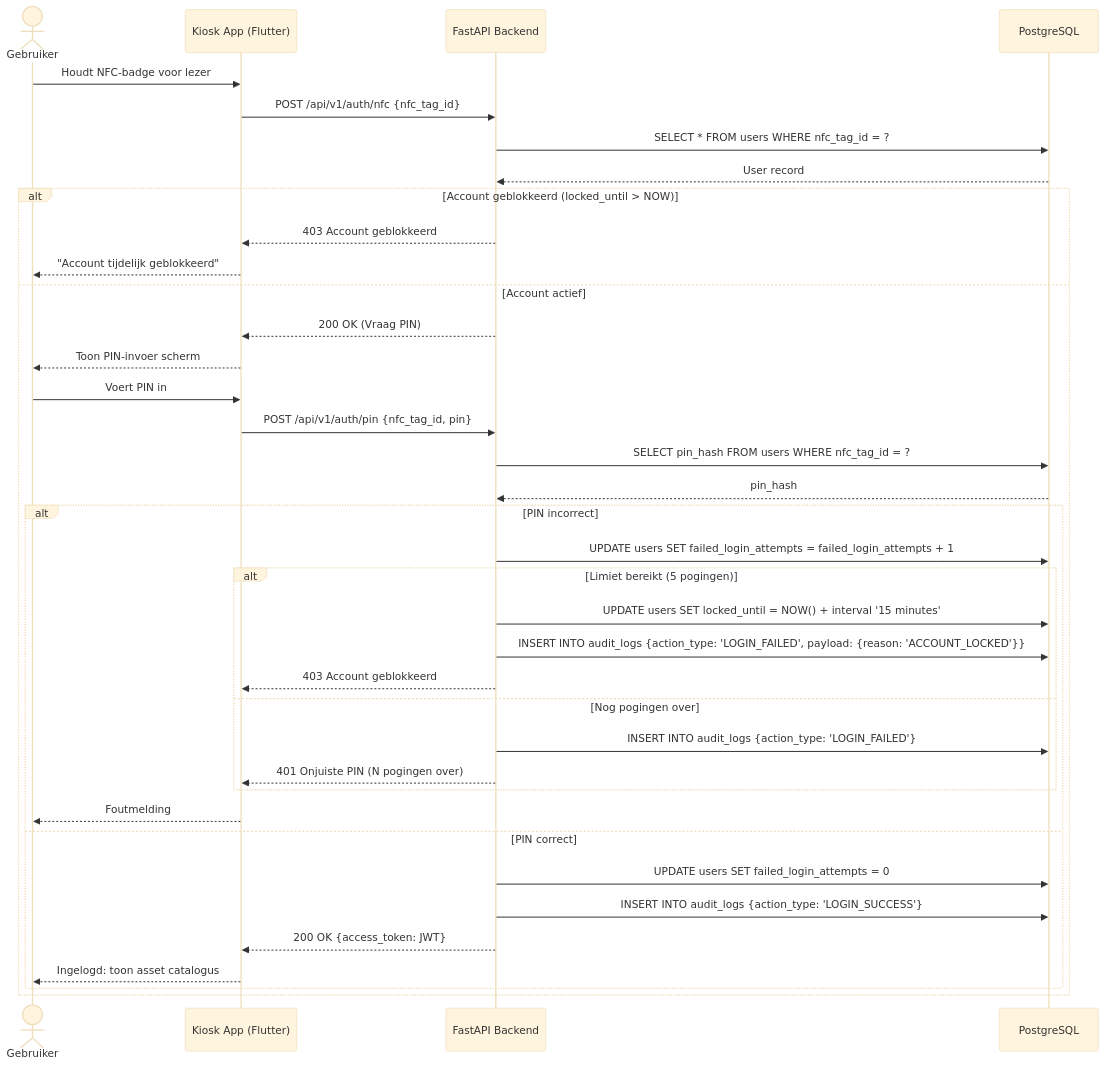
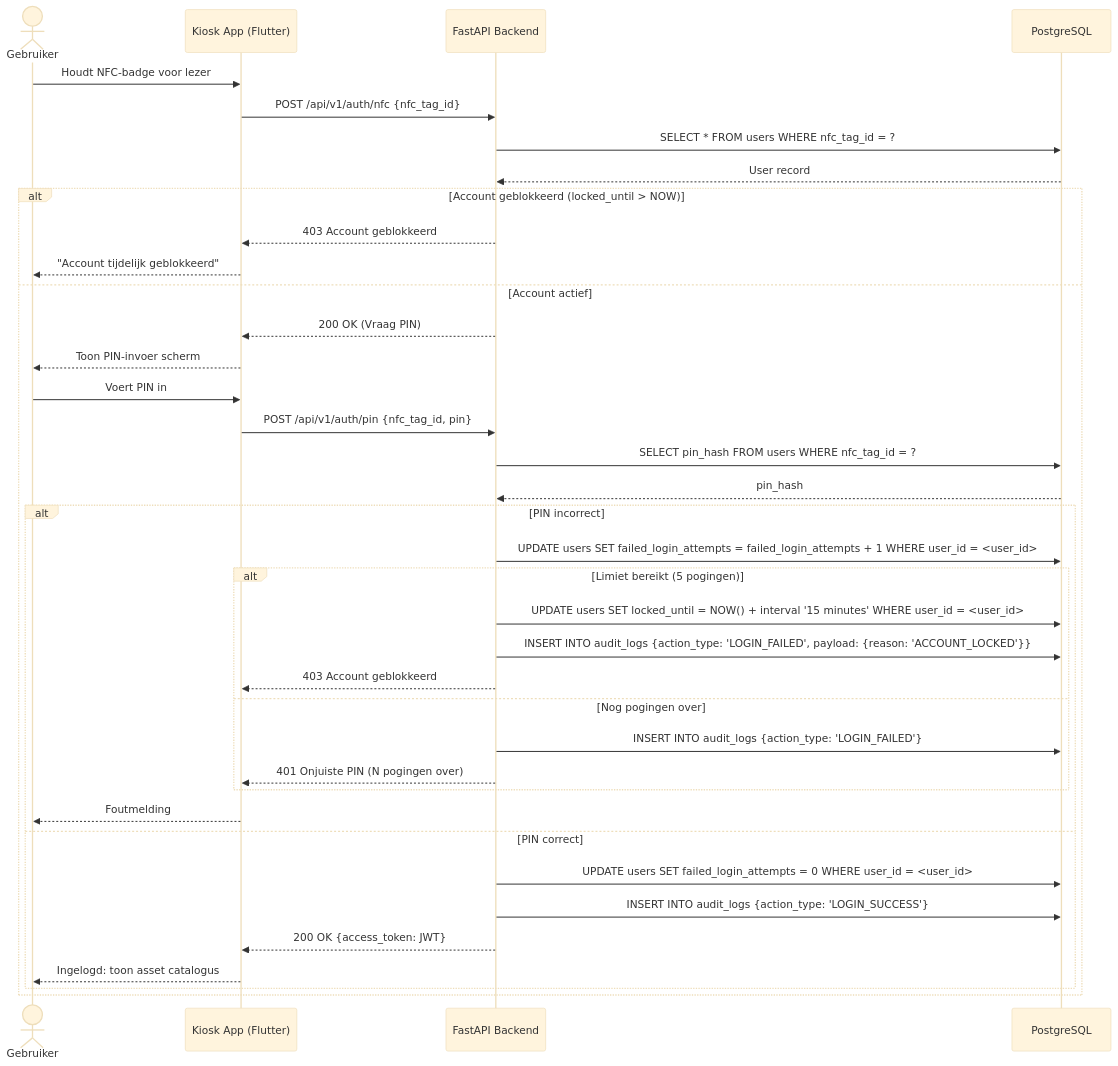
The diagram in docs/diagrams/sequence_auth.mmd (easylend-practice-enterprise/easylend), drawn with Mermaid (base theme) before and after one commit.

Commit message:
Potential fix for pull request finding

```diff
--- a/docs/diagrams/sequence_auth.mmd
+++ b/docs/diagrams/sequence_auth.mmd
@@ -1,40 +1,40 @@
 sequenceDiagram
     actor User as Gebruiker
     participant App as Kiosk App (Flutter)
     participant API as FastAPI Backend
     participant DB as PostgreSQL
 
     User->>App: Houdt NFC-badge voor lezer
     App->>API: POST /api/v1/auth/nfc {nfc_tag_id}
     API->>DB: SELECT * FROM users WHERE nfc_tag_id = ?
     DB-->>API: User record
 
     alt Account geblokkeerd (locked_until > NOW)
         API-->>App: 403 Account geblokkeerd
         App-->>User: "Account tijdelijk geblokkeerd"
     else Account actief
         API-->>App: 200 OK (Vraag PIN)
         App-->>User: Toon PIN-invoer scherm
         User->>App: Voert PIN in
         App->>API: POST /api/v1/auth/pin {nfc_tag_id, pin}
         API->>DB: SELECT pin_hash FROM users WHERE nfc_tag_id = ?
         DB-->>API: pin_hash
 
         alt PIN incorrect
-            API->>DB: UPDATE users SET failed_login_attempts = failed_login_attempts + 1
+            API->>DB: UPDATE users SET failed_login_attempts = failed_login_attempts + 1 WHERE user_id = <user_id>
             alt Limiet bereikt (5 pogingen)
-                API->>DB: UPDATE users SET locked_until = NOW() + interval '15 minutes'
+                API->>DB: UPDATE users SET locked_until = NOW() + interval '15 minutes' WHERE user_id = <user_id>
                 API->>DB: INSERT INTO audit_logs {action_type: 'LOGIN_FAILED', payload: {reason: 'ACCOUNT_LOCKED'}}
                 API-->>App: 403 Account geblokkeerd
             else Nog pogingen over
                 API->>DB: INSERT INTO audit_logs {action_type: 'LOGIN_FAILED'}
                 API-->>App: 401 Onjuiste PIN (N pogingen over)
             end
             App-->>User: Foutmelding
         else PIN correct
-            API->>DB: UPDATE users SET failed_login_attempts = 0
+            API->>DB: UPDATE users SET failed_login_attempts = 0 WHERE user_id = <user_id>
             API->>DB: INSERT INTO audit_logs {action_type: 'LOGIN_SUCCESS'}
             API-->>App: 200 OK {access_token: JWT}
             App-->>User: Ingelogd: toon asset catalogus
         end
     end
```
